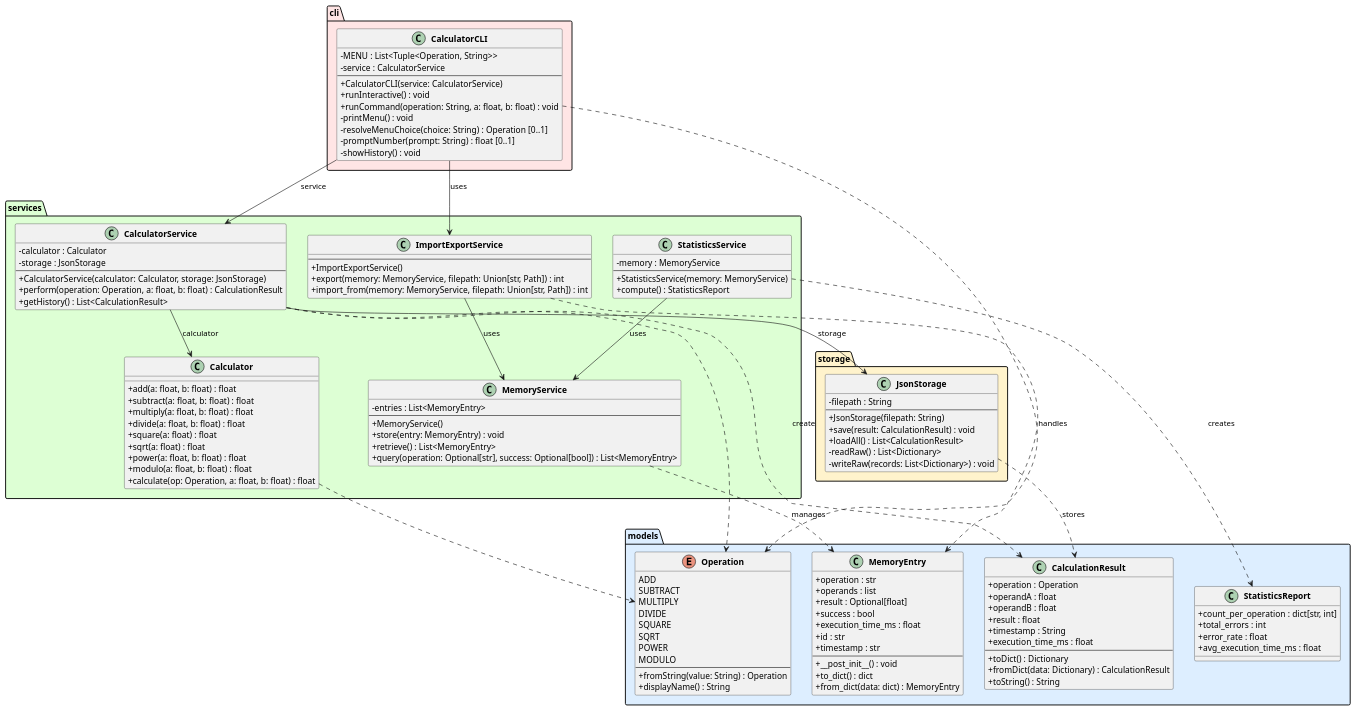
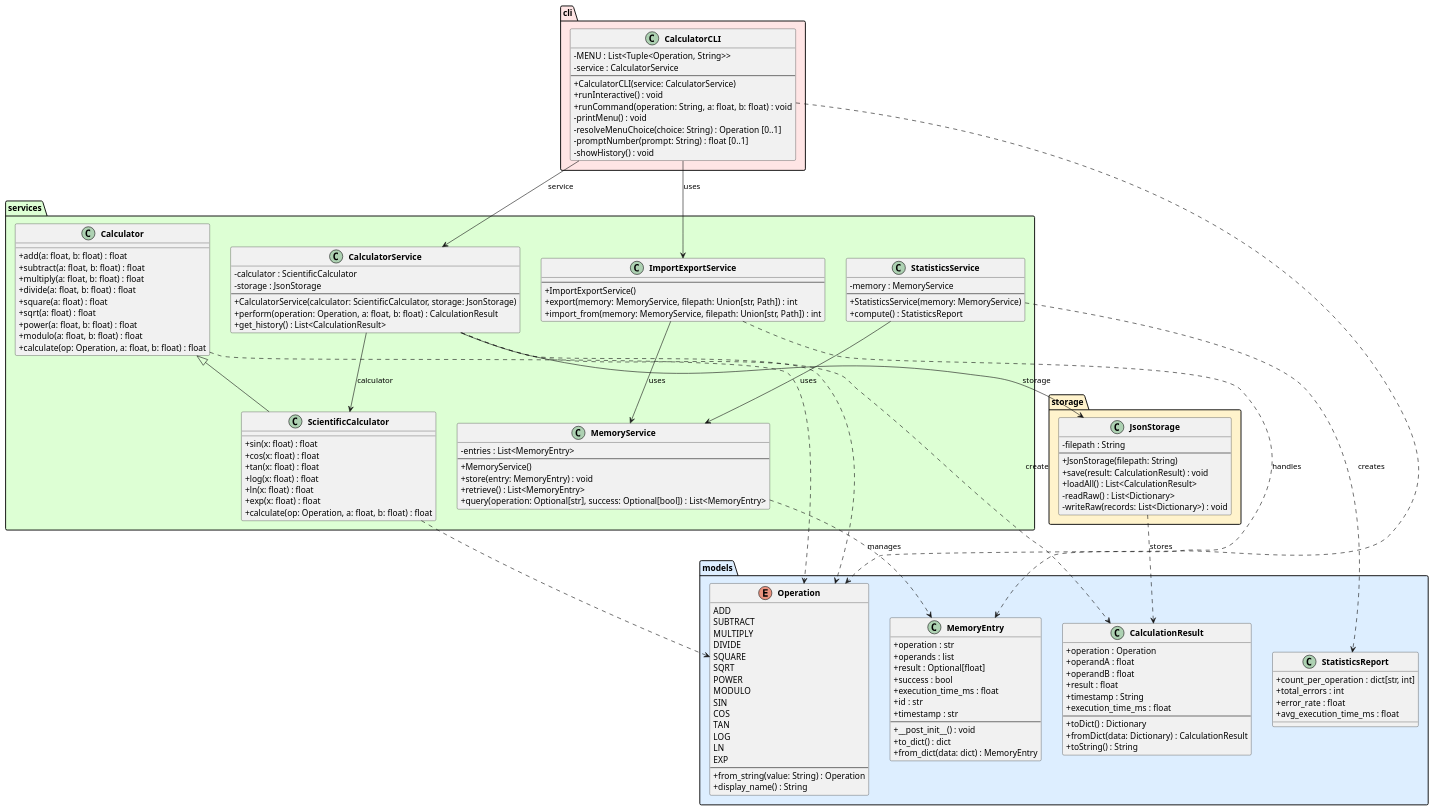
One commit to DanielRiha8906/Software_autoevolution_using_agents changed the diagram in experiments/supervisor_as_tools/test_driven/calculator/artifacts/class_diagram.puml. Above: the diagram before and after it, drawn with PlantUML. The commit also changed 8 other files, not shown here.

```diff
--- a/experiments/supervisor_as_tools/test_driven/calculator/artifacts/class_diagram.puml
+++ b/experiments/supervisor_as_tools/test_driven/calculator/artifacts/class_diagram.puml
@@ -1,145 +1,162 @@
 @startuml class_diagram
 
 skinparam classAttributeIconSize 0
 skinparam classFontStyle bold
 
 package "models" #DDEEFF {
     enum Operation {
         ADD
         SUBTRACT
         MULTIPLY
         DIVIDE
         SQUARE
         SQRT
         POWER
         MODULO
+        SIN
+        COS
+        TAN
+        LOG
+        LN
+        EXP
         --
-        +fromString(value: String) : Operation
-        +displayName() : String
+        +from_string(value: String) : Operation
+        +display_name() : String
     }
 
     class CalculationResult {
         +operation : Operation
         +operandA : float
         +operandB : float
         +result : float
         +timestamp : String
         +execution_time_ms : float
         --
         +toDict() : Dictionary
         +fromDict(data: Dictionary) : CalculationResult
         +toString() : String
     }
 
     class MemoryEntry {
         +operation : str
         +operands : list
         +result : Optional[float]
         +success : bool
         +execution_time_ms : float
         +id : str
         +timestamp : str
         --
         +__post_init__() : void
         +to_dict() : dict
         +from_dict(data: dict) : MemoryEntry
     }
 
     class StatisticsReport {
         +count_per_operation : dict[str, int]
         +total_errors : int
         +error_rate : float
         +avg_execution_time_ms : float
     }
 }
 
 package "services" #DDFFD4 {
     class Calculator {
         +add(a: float, b: float) : float
         +subtract(a: float, b: float) : float
         +multiply(a: float, b: float) : float
         +divide(a: float, b: float) : float
         +square(a: float) : float
         +sqrt(a: float) : float
         +power(a: float, b: float) : float
         +modulo(a: float, b: float) : float
         +calculate(op: Operation, a: float, b: float) : float
     }
 
+    class ScientificCalculator extends Calculator {
+        +sin(x: float) : float
+        +cos(x: float) : float
+        +tan(x: float) : float
+        +log(x: float) : float
+        +ln(x: float) : float
+        +exp(x: float) : float
+        +calculate(op: Operation, a: float, b: float) : float
+    }
+
     class CalculatorService {
-        -calculator : Calculator
+        -calculator : ScientificCalculator
         -storage : JsonStorage
         --
-        +CalculatorService(calculator: Calculator, storage: JsonStorage)
+        +CalculatorService(calculator: ScientificCalculator, storage: JsonStorage)
         +perform(operation: Operation, a: float, b: float) : CalculationResult
-        +getHistory() : List<CalculationResult>
+        +get_history() : List<CalculationResult>
     }
 
     class MemoryService {
         -entries : List<MemoryEntry>
         --
         +MemoryService()
         +store(entry: MemoryEntry) : void
         +retrieve() : List<MemoryEntry>
         +query(operation: Optional[str], success: Optional[bool]) : List<MemoryEntry>
     }
 
     class StatisticsService {
         -memory : MemoryService
         --
         +StatisticsService(memory: MemoryService)
         +compute() : StatisticsReport
     }
 
     class ImportExportService {
         --
         +ImportExportService()
         +export(memory: MemoryService, filepath: Union[str, Path]) : int
         +import_from(memory: MemoryService, filepath: Union[str, Path]) : int
     }
 }
 
 package "storage" #FFF3CC {
     class JsonStorage {
         -filepath : String
         --
         +JsonStorage(filepath: String)
         +save(result: CalculationResult) : void
         +loadAll() : List<CalculationResult>
         -readRaw() : List<Dictionary>
         -writeRaw(records: List<Dictionary>) : void
     }
 }
 
 package "cli" #FFE5E5 {
     class CalculatorCLI {
         -MENU : List<Tuple<Operation, String>>
         -service : CalculatorService
         --
         +CalculatorCLI(service: CalculatorService)
         +runInteractive() : void
         +runCommand(operation: String, a: float, b: float) : void
         -printMenu() : void
         -resolveMenuChoice(choice: String) : Operation [0..1]
         -promptNumber(prompt: String) : float [0..1]
         -showHistory() : void
     }
 }
 
 CalculatorCLI --> CalculatorService : service
 CalculatorCLI --> ImportExportService : uses
-CalculatorService --> Calculator : calculator
+CalculatorService --> ScientificCalculator : calculator
 CalculatorService --> JsonStorage : storage
 StatisticsService --> MemoryService : uses
 ImportExportService --> MemoryService : uses
 
 CalculatorService ..> CalculationResult : create
 CalculatorService ..> Operation
 CalculatorCLI ..> Operation
+ScientificCalculator ..> Operation
 Calculator ..> Operation
 JsonStorage ..> CalculationResult : stores
 MemoryService ..> MemoryEntry : manages
 StatisticsService ..> StatisticsReport : creates
 ImportExportService ..> MemoryEntry : handles
 
 @enduml
```
